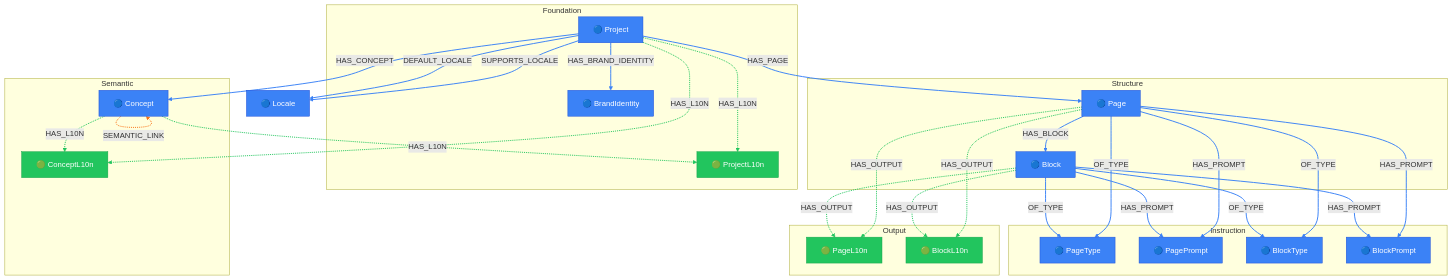
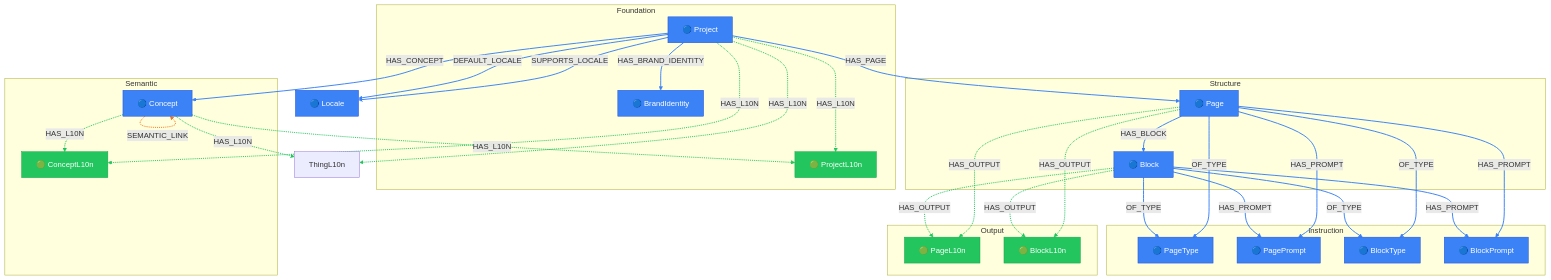
The diagram in packages/core/models/docs/project-layer.md (supernovae-st/novanet), drawn with Mermaid before and after one commit. The commit also changed other lines of this file and 98 other files, not shown here.

First line of the commit message:
feat(schema): v10.1 GEO removal + locale knowledge atoms

````diff
--- a/packages/core/models/docs/project-layer.md
+++ b/packages/core/models/docs/project-layer.md
@@ -33,9 +33,9 @@
 ```mermaid
 flowchart TB
   %% View: Project Layer (project-layer)
-  %% 14 nodes, 23 edges
+  %% 14 nodes, 25 edges
 
-  %% Trait styling (locale_behavior)
+  %% Trait styling (node_trait)
   classDef invariant fill:#3b82f6,stroke:#1d4ed8,color:#fff
   classDef localized fill:#22c55e,stroke:#16a34a,color:#fff
   classDef knowledge fill:#8b5cf6,stroke:#7c3aed,color:#fff
@@ -73,7 +73,7 @@
   %% Additional reachable nodes
   Locale["🔵 Locale"]
 
-  %% Relationships (styled by edge family)
+  %% Relationships (styled by arc family)
   Block -.->|HAS_OUTPUT| BlockL10n
   Block -.->|HAS_OUTPUT| PageL10n
   Block -->|HAS_PROMPT| BlockPrompt
@@ -82,6 +82,7 @@
   Block -->|OF_TYPE| PageType
   Concept -.->|HAS_L10N| ConceptL10n
   Concept -.->|HAS_L10N| ProjectL10n
+  Concept -.->|HAS_L10N| ThingL10n
   Concept -.->|SEMANTIC_LINK| Concept
   Page -->|HAS_BLOCK| Block
   Page -.->|HAS_OUTPUT| BlockL10n
@@ -95,13 +96,14 @@
   Project -->|HAS_CONCEPT| Concept
   Project -.->|HAS_L10N| ConceptL10n
   Project -.->|HAS_L10N| ProjectL10n
+  Project -.->|HAS_L10N| ThingL10n
   Project -->|HAS_PAGE| Page
   Project -->|SUPPORTS_LOCALE| Locale
 
   %% Edge colors by family
-  linkStyle 0,1,6,7,10,11,19,20 stroke:#22c55e,stroke-width:2px
-  linkStyle 2,3,4,5,9,12,13,14,15,16,17,18,21,22 stroke:#3b82f6,stroke-width:2px
-  linkStyle 8 stroke:#f97316,stroke-width:2px
+  linkStyle 0,1,6,7,8,11,12,20,21,22 stroke:#22c55e,stroke-width:2px
+  linkStyle 2,3,4,5,10,13,14,15,16,17,18,19,23,24 stroke:#3b82f6,stroke-width:2px
+  linkStyle 9 stroke:#f97316,stroke-width:2px
 
   %% Class assignments
   class Block invariant
````
